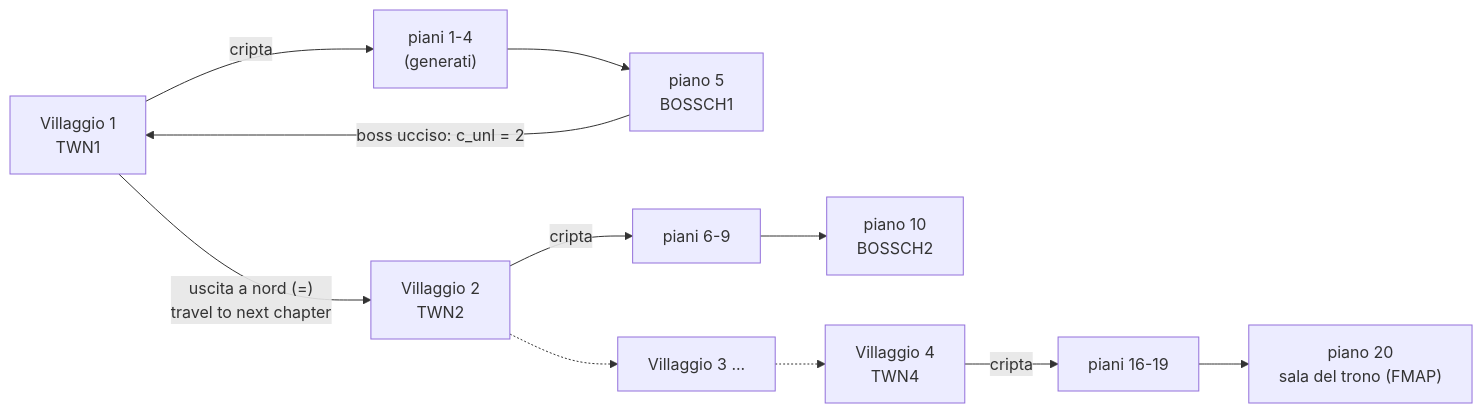
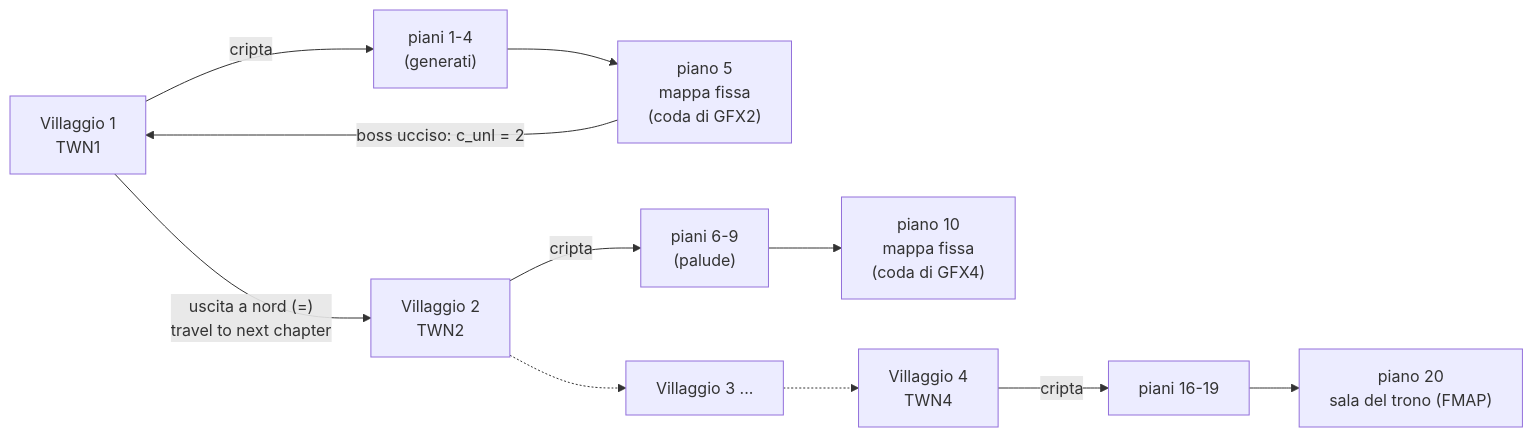
The first of 2 diagrams in docs/wiki/capitoli.md (caporalesimone/barbarian-the-blood-path), drawn with Mermaid before and after one commit. The commit also changed other lines of this file and 35 other files, not shown here.

````diff
--- a/docs/wiki/capitoli.md
+++ b/docs/wiki/capitoli.md
@@ -17,9 +17,9 @@
 ```mermaid
 flowchart LR
-    V1["Villaggio 1<br/>TWN1"] -->|cripta| L1["piani 1-4<br/>(generati)"] --> B1["piano 5<br/>BOSSCH1"]
+    V1["Villaggio 1<br/>TWN1"] -->|cripta| L1["piani 1-4<br/>(generati)"] --> B1["piano 5<br/>mappa fissa<br/>(coda di GFX2)"]
     B1 -->|boss ucciso: c_unl = 2| V1
     V1 -->|"uscita a nord (=)<br/>travel to next chapter"| V2["Villaggio 2<br/>TWN2"]
-    V2 -->|cripta| L2["piani 6-9"] --> B2["piano 10<br/>BOSSCH2"]
+    V2 -->|cripta| L2["piani 6-9<br/>(palude)"] --> B2["piano 10<br/>mappa fissa<br/>(coda di GFX4)"]
     V2 -.-> V3["Villaggio 3 ..."] -.-> V4["Villaggio 4<br/>TWN4"]
     V4 -->|cripta| L4["piani 16-19"] --> F["piano 20<br/>sala del trono (FMAP)"]
 ```
````
